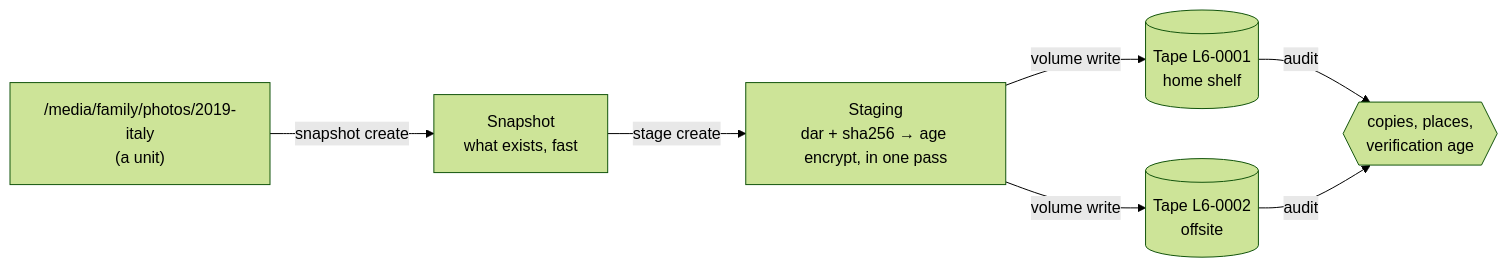
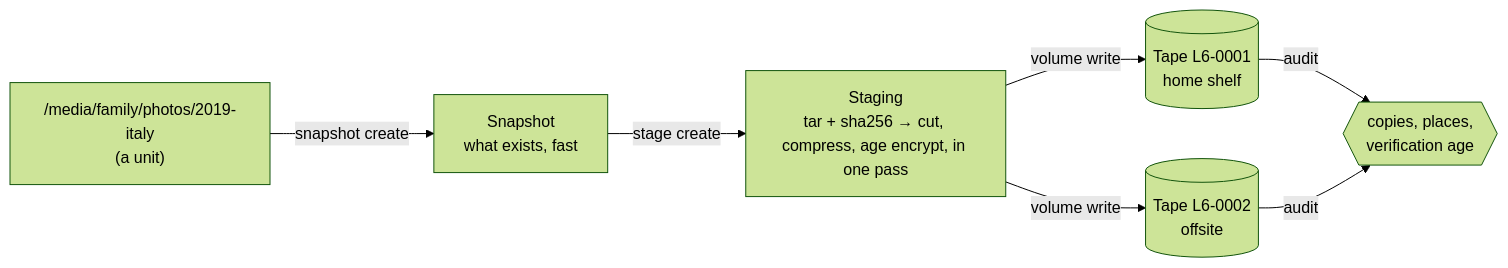
Before and after one commit to mikmorg/tapectl: the diagram in README.md, drawn with Mermaid (forest theme). The commit also changed other lines of this file and 15 other files, not shown here.

````diff
--- a/README.md
+++ b/README.md
@@ -12,8 +12,8 @@
 ```mermaid
 flowchart LR
     D["/media/family/photos/2019-italy<br/>(a unit)"] -->|snapshot create| S[Snapshot<br/>what exists, fast]
-    S -->|stage create| G["Staging<br/>dar + sha256 → age encrypt, in one pass"]
+    S -->|stage create| G["Staging<br/>tar + sha256 → cut, compress, age encrypt, in one pass"]
     G -->|volume write| T1[("Tape L6-0001<br/>home shelf")]
     G -->|volume write| T2[("Tape L6-0002<br/>offsite")]
     T1 & T2 -->|audit| A{{copies, places,<br/>verification age}}
 ```
````
